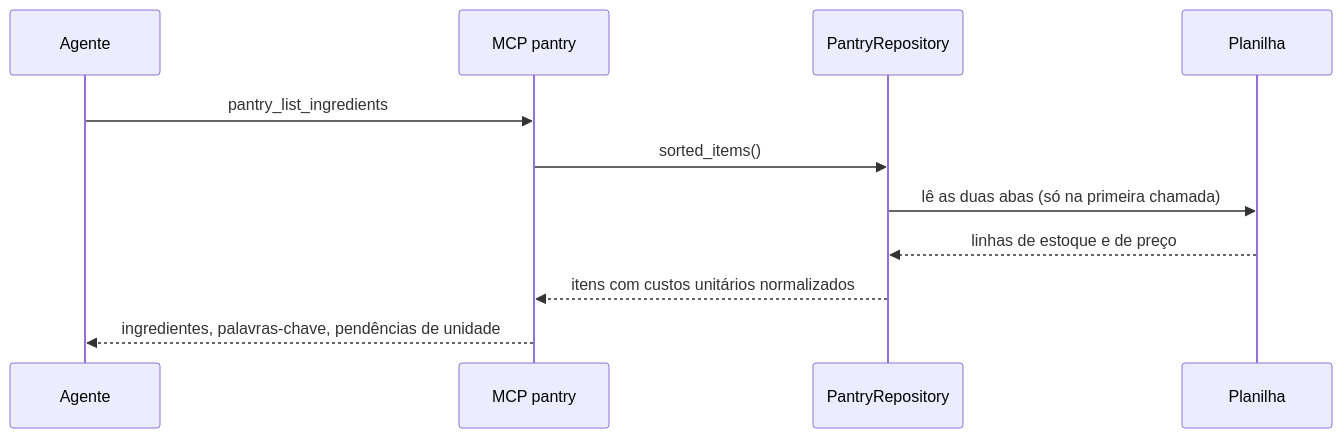
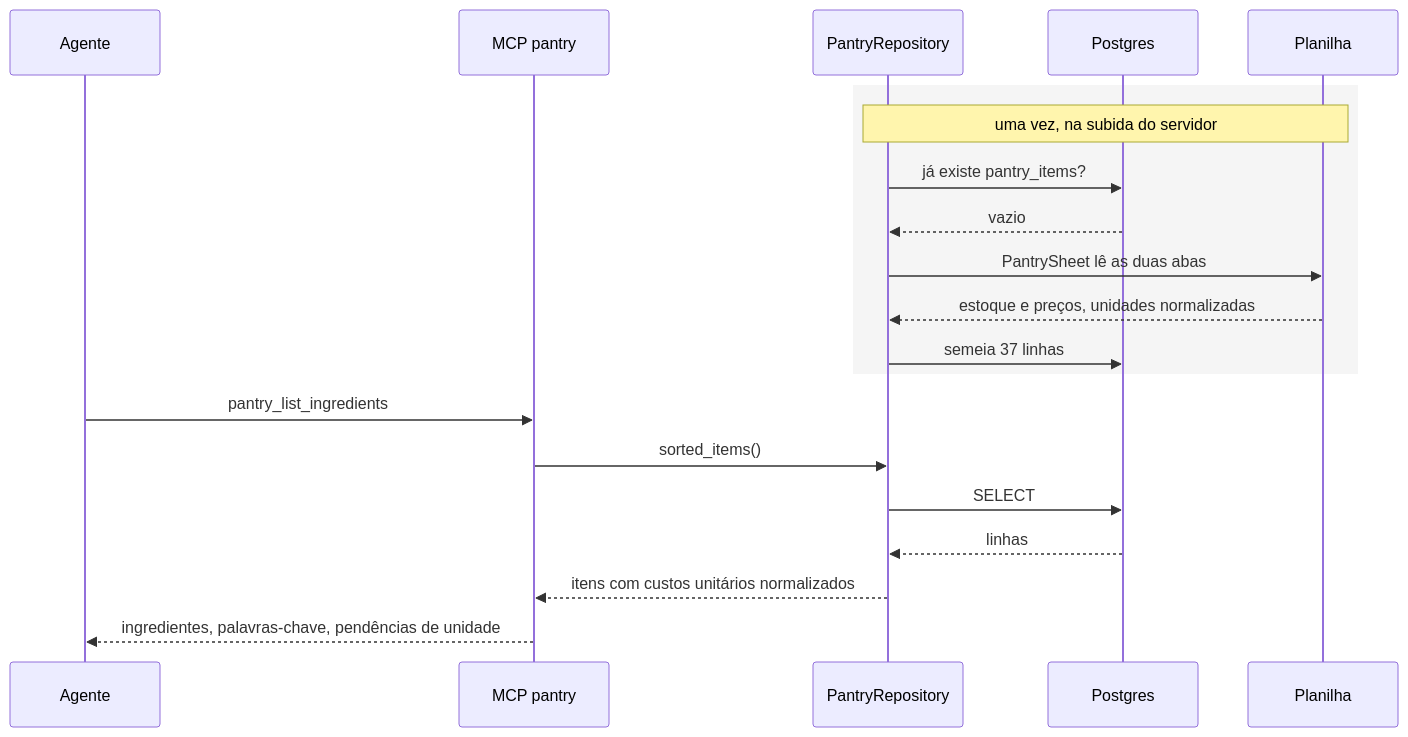
Before and after one commit to lrdsouza/jacquinho: the fourth of 6 diagrams in docs/arquitetura.md, drawn with Mermaid. The commit also changed other lines of this file and 10 other files, not shown here.

````diff
--- a/docs/arquitetura.md
+++ b/docs/arquitetura.md
@@ -138,13 +148,24 @@
 ```mermaid
 sequenceDiagram
     participant A as Agente
     participant M as MCP pantry
     participant R as PantryRepository
+    participant PG as Postgres
     participant X as Planilha
+
+    rect rgb(245, 245, 245)
+    note over R,X: uma vez, na subida do servidor
+    R->>PG: já existe pantry_items?
+    PG-->>R: vazio
+    R->>X: PantrySheet lê as duas abas
+    X-->>R: estoque e preços, unidades normalizadas
+    R->>PG: semeia 37 linhas
+    end
+
     A->>M: pantry_list_ingredients
     M->>R: sorted_items()
-    R->>X: lê as duas abas (só na primeira chamada)
-    X-->>R: linhas de estoque e de preço
+    R->>PG: SELECT
+    PG-->>R: linhas
     R-->>M: itens com custos unitários normalizados
     M-->>A: ingredientes, palavras-chave, pendências de unidade
 ```
````
